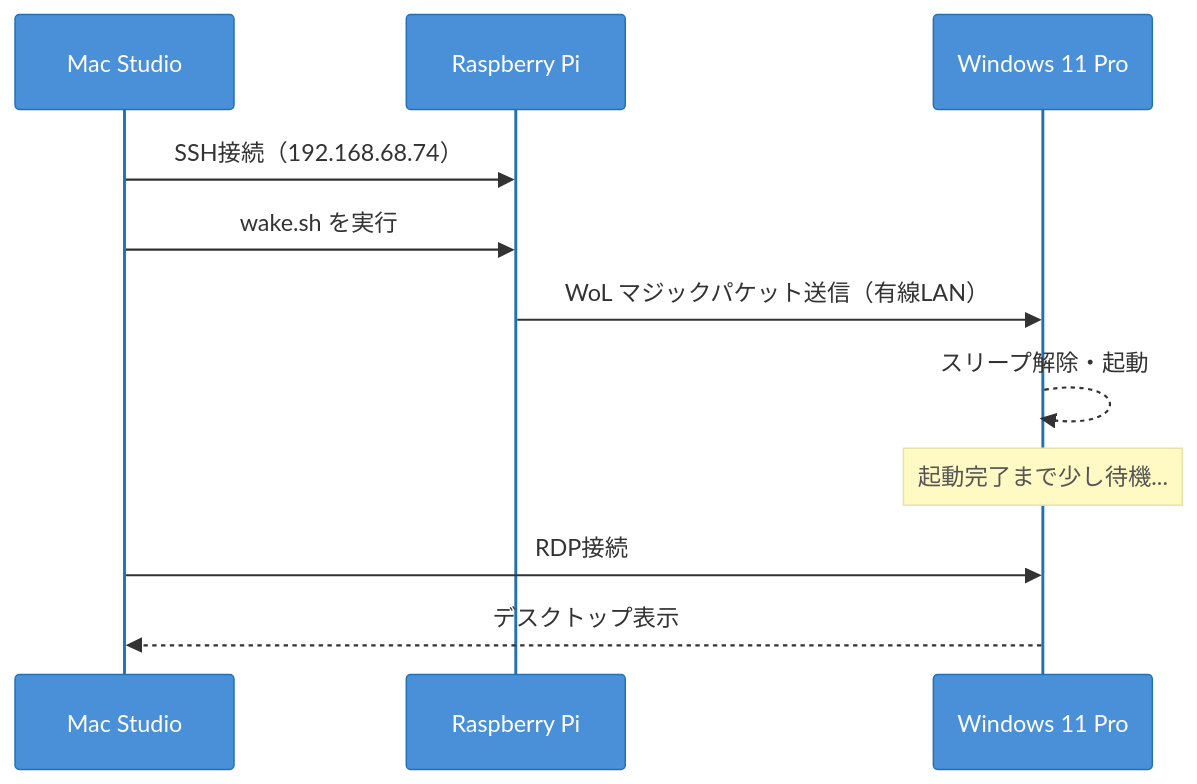
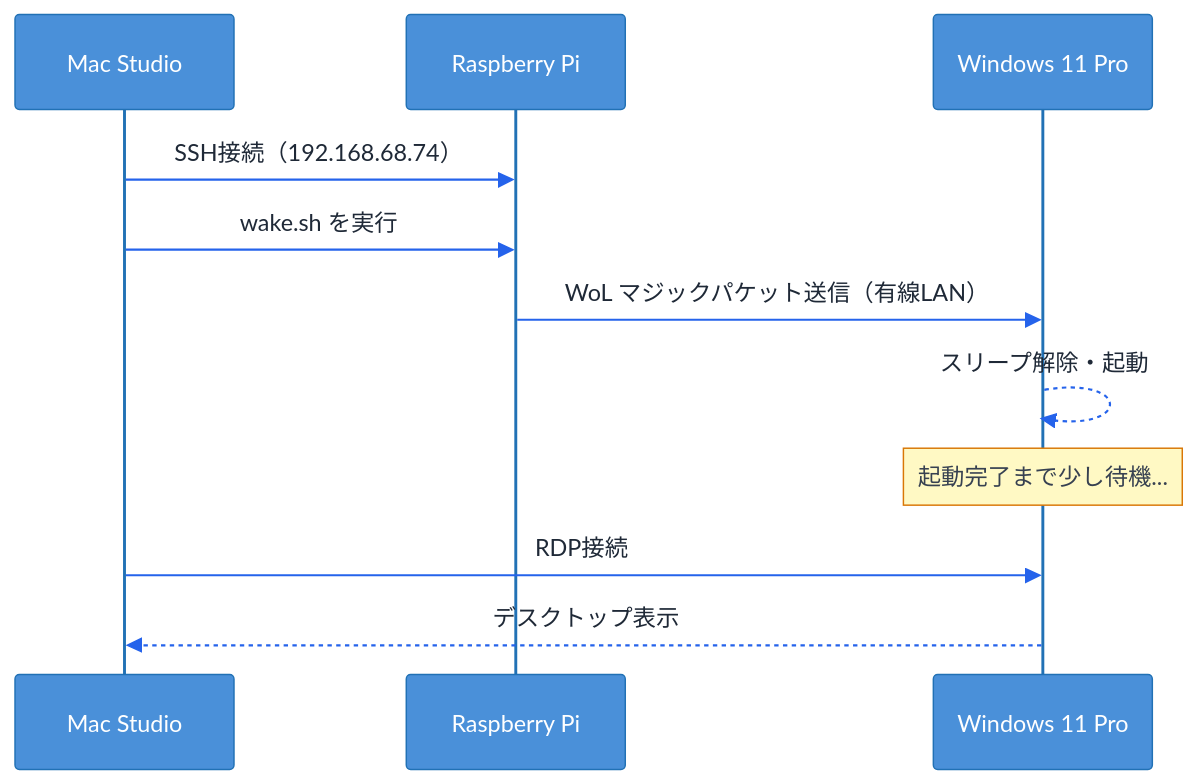
One commit to 0ceanMoo/qiita changed the second of 4 diagrams in public/tailscale-wol-rdp.md. Above: the diagram before and after it, drawn with Mermaid. The commit also changed other lines of this file, not shown here.

Commit message:
画像のパスや図を修正

````diff
--- a/public/tailscale-wol-rdp.md
+++ b/public/tailscale-wol-rdp.md
@@ -76,14 +76,14 @@
 ```mermaid
-%%{init: {'theme': 'base', 'themeVariables': {'actorBkg': '#4A90D9', 'actorTextColor': '#ffffff', 'actorBorder': '#2171B5', 'noteBkgColor': '#FFF9C4', 'noteTextColor': '#555'}}}%%
+%%{init: {'theme': 'base', 'themeVariables': {'background': '#ffffff', 'primaryTextColor': '#1f2937', 'textColor': '#1f2937', 'actorBkg': '#4A90D9', 'actorTextColor': '#ffffff', 'actorBorder': '#2171B5', 'activationBkgColor': '#DBEAFE', 'activationBorderColor': '#2171B5', 'sequenceNumberColor': '#1f2937', 'lineColor': '#2563EB', 'signalColor': '#2563EB', 'signalTextColor': '#1f2937', 'labelBoxBkgColor': '#ffffff', 'labelBoxBorderColor': '#CBD5E1', 'labelTextColor': '#1f2937', 'loopTextColor': '#1f2937', 'noteBkgColor': '#FFF9C4', 'noteTextColor': '#374151', 'noteBorderColor': '#D97706'}}}%%
 sequenceDiagram
     participant Mac as Mac Studio
     participant Pi as Raspberry Pi
     participant Win as Windows 11 Pro
     Mac->>Pi: SSH接続（192.168.68.74）
     Mac->>Pi: wake.sh を実行
     Pi->>Win: WoL マジックパケット送信（有線LAN）
     Win-->>Win: スリープ解除・起動
     Note over Win: 起動完了まで少し待機...
     Mac->>Win: RDP接続
     Win-->>Mac: デスクトップ表示
 ```
````
